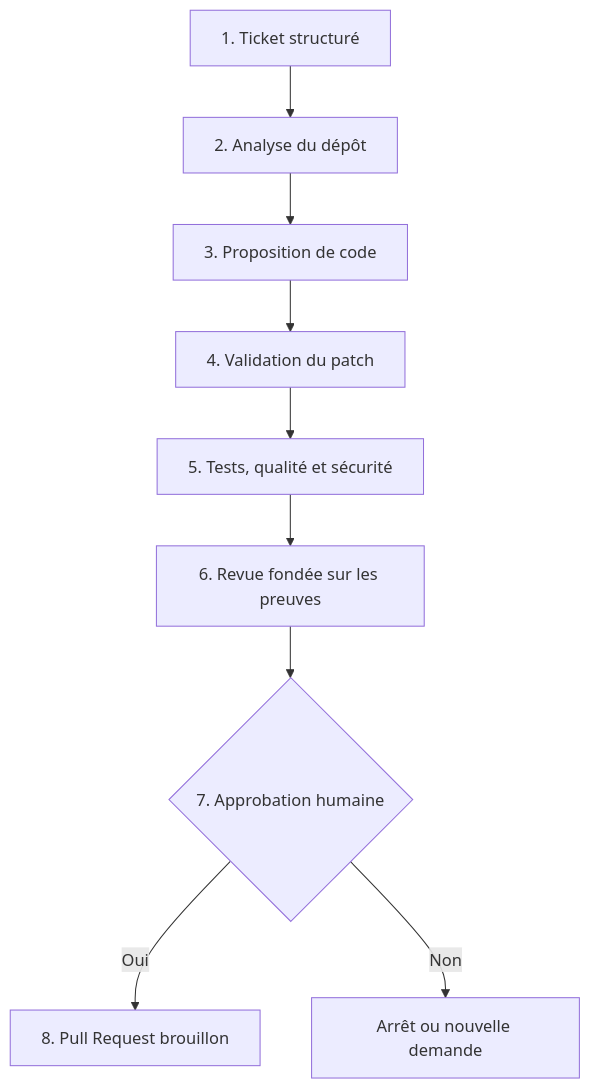
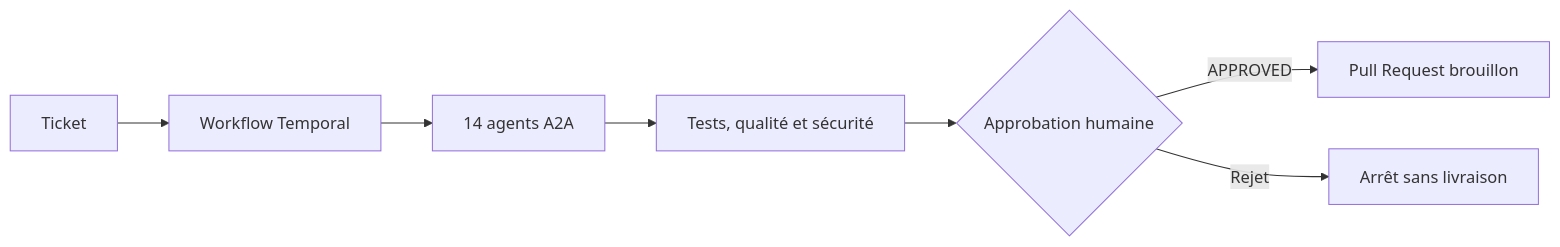
The first of 3 diagrams in docs/overview/executive-summary.md (dbeaumont/ai-software-factory-local), drawn with Mermaid before and after one commit. The commit also changed other lines of this file and 28 other files, not shown here.

````diff
--- a/docs/overview/executive-summary.md
+++ b/docs/overview/executive-summary.md
@@ -93,11 +20,9 @@
 ```mermaid
-flowchart TB
-  T[1. Ticket structuré] --> A[2. Analyse du dépôt]
-  A --> C[3. Proposition de code]
-  C --> V[4. Validation du patch]
-  V --> G[5. Tests, qualité et sécurité]
-  G --> R[6. Revue fondée sur les preuves]
-  R --> H{7. Approbation humaine}
-  H -->|Oui| PR[8. Pull Request brouillon]
-  H -->|Non| END[Arrêt ou nouvelle demande]
+flowchart LR
+  T[Ticket] --> W[Workflow Temporal]
+  W --> A[14 agents A2A]
+  A --> G[Tests, qualité et sécurité]
+  G --> H{Approbation humaine}
+  H -->|APPROVED| PR[Pull Request brouillon]
+  H -->|Rejet| STOP[Arrêt sans livraison]
 ```
````
